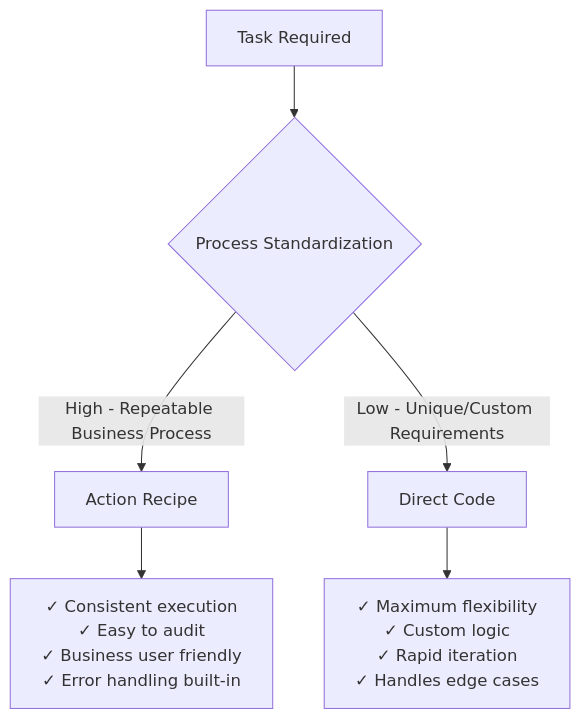
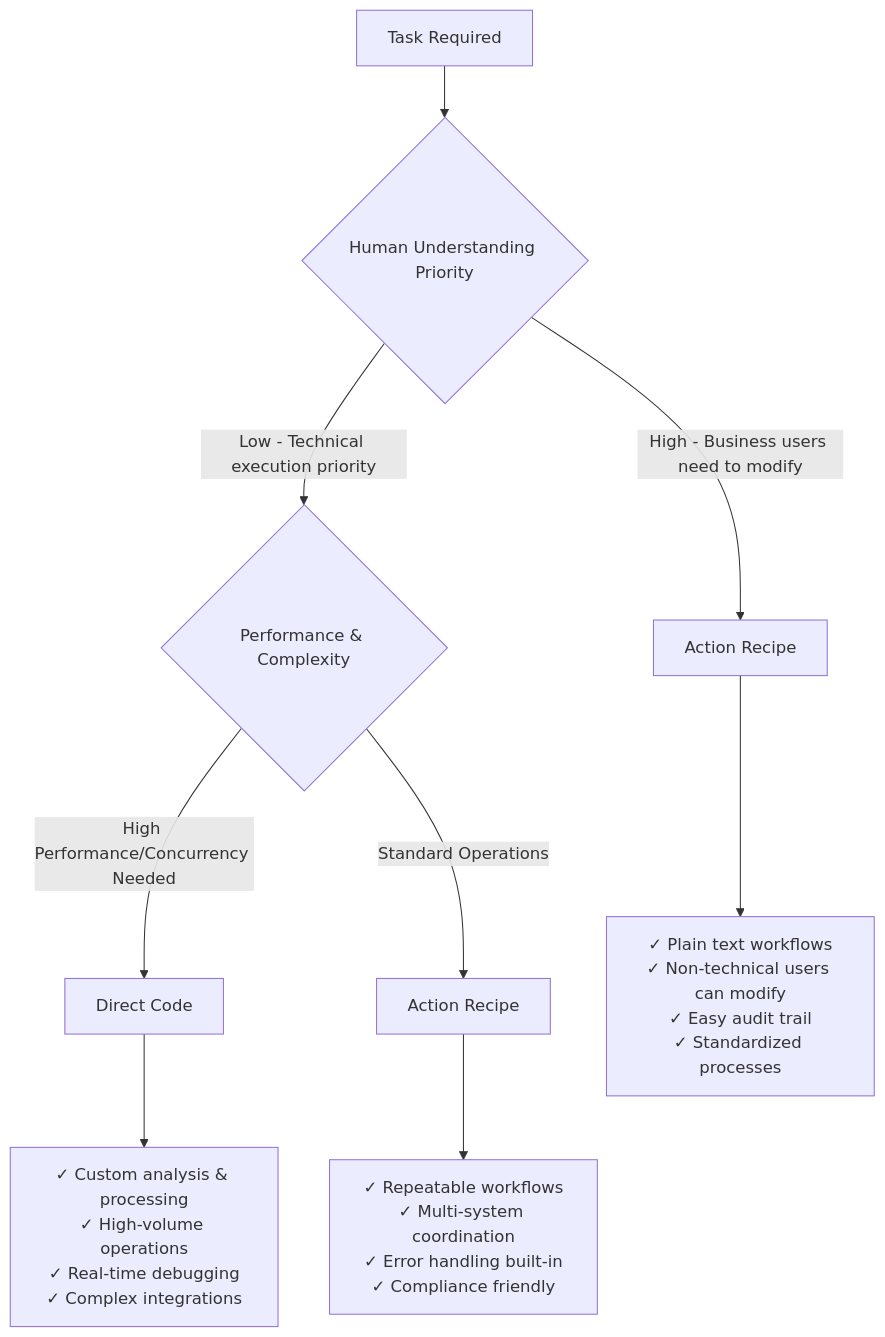
The diagram in how-to/actions/create-action.mdx (ZhouYimao/mintlify-docs), drawn with Mermaid before and after one commit. The commit also changed other lines of this file, not shown here.

First line of the commit message:
feat: update action examples with real Anthropic team usage patterns

````diff
--- a/how-to/actions/create-action.mdx
+++ b/how-to/actions/create-action.mdx
@@ -138,9 +141,12 @@
 ```mermaid
 graph TD
-    A[Task Required] --> B{Process Standardization}
-    B -->|High - Repeatable Business Process| C[Action Recipe]
-    B -->|Low - Unique/Custom Requirements| D[Direct Code]
+    A[Task Required] --> B{Human Understanding Priority}
+    B -->|High - Business users need to modify| C[Action Recipe]
+    B -->|Low - Technical execution priority| D{Performance & Complexity}
+    D -->|High Performance/Concurrency Needed| E[Direct Code]
+    D -->|Standard Operations| F[Action Recipe]
     
-    C --> C1["✓ Consistent execution<br/>✓ Easy to audit<br/>✓ Business user friendly<br/>✓ Error handling built-in"]
-    D --> D1["✓ Maximum flexibility<br/>✓ Custom logic<br/>✓ Rapid iteration<br/>✓ Handles edge cases"]
+    C --> C1["✓ Plain text workflows<br/>✓ Non-technical users can modify<br/>✓ Easy audit trail<br/>✓ Standardized processes"]
+    E --> E1["✓ Custom analysis & processing<br/>✓ High-volume operations<br/>✓ Real-time debugging<br/>✓ Complex integrations"]
+    F --> F1["✓ Repeatable workflows<br/>✓ Multi-system coordination<br/>✓ Error handling built-in<br/>✓ Compliance friendly"]
 ```
````
